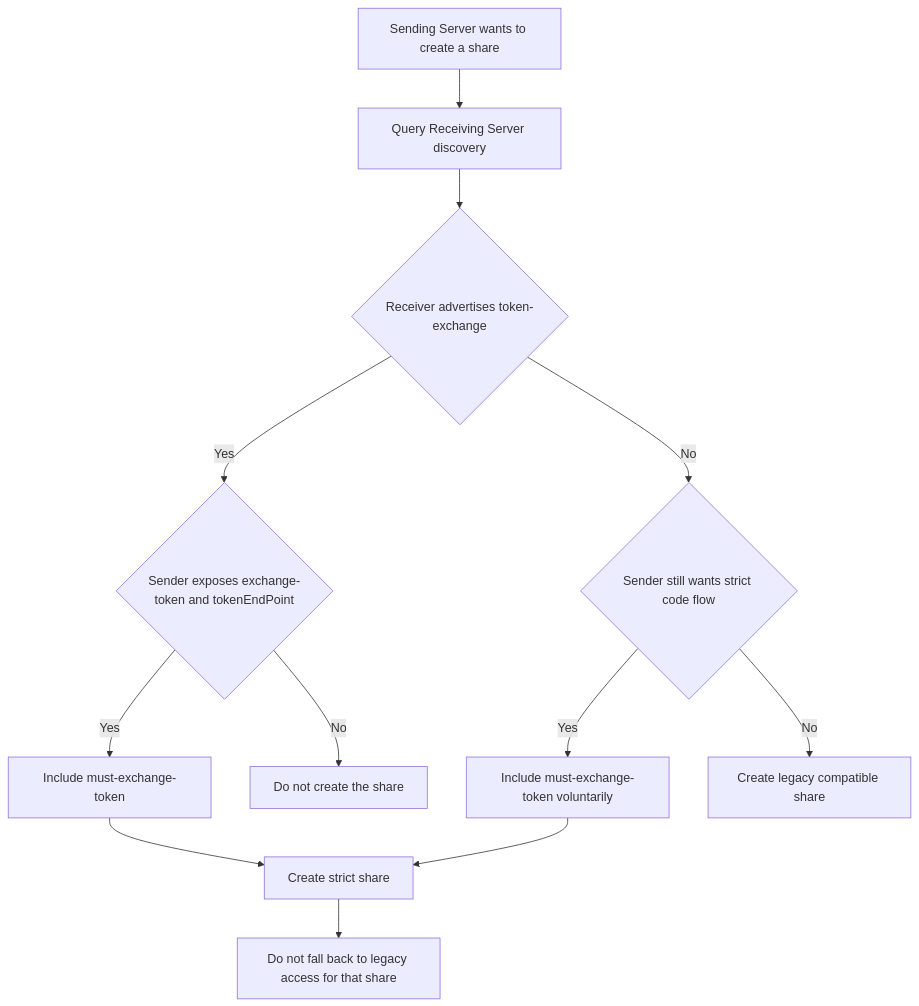
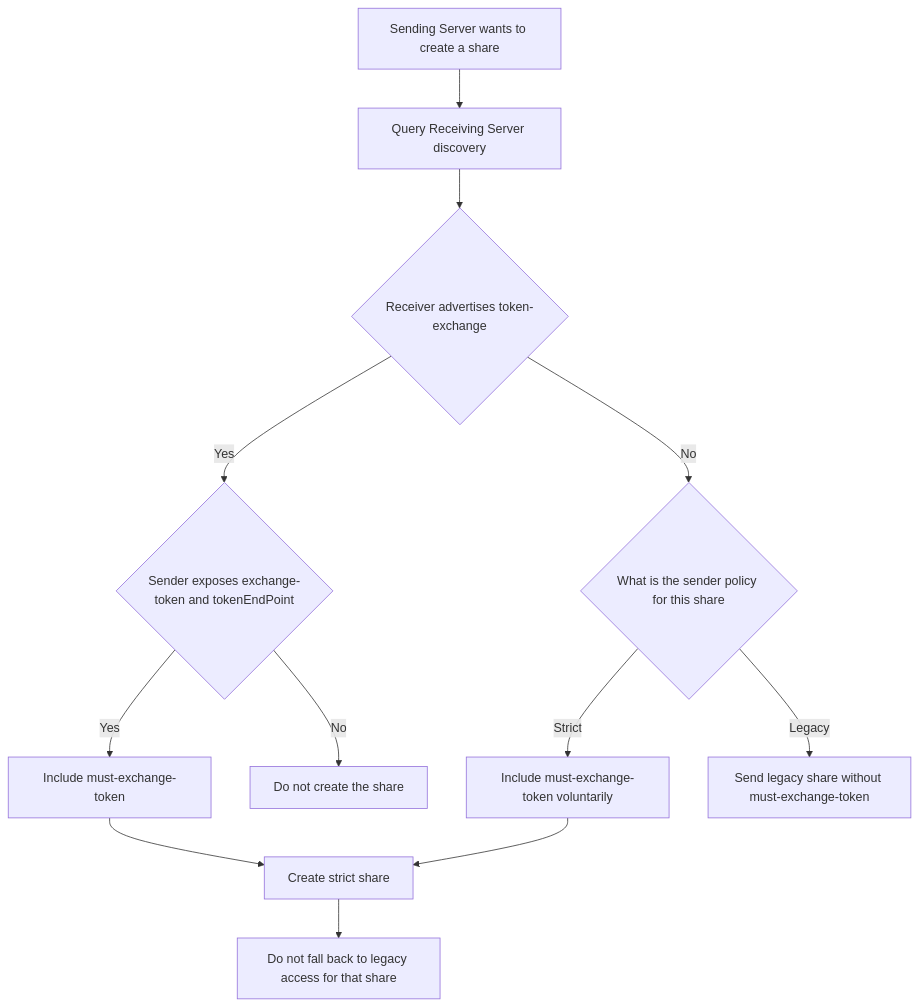
Before and after one commit to cs3org/OCM-API: the diagram in diagrams/share-creation-preflight.md, drawn with Mermaid. The commit also changed 2 other files, not shown here.

Commit message:
add: receiver side diagrams

````diff
--- a/diagrams/share-creation-preflight.md
+++ b/diagrams/share-creation-preflight.md
@@ -1,17 +1,17 @@
 ```mermaid
 flowchart TD
     A["Sending Server wants to create a share"]
     A --> B["Query Receiving Server discovery"]
     B --> C{"Receiver advertises token-exchange"}
 
     C -- "Yes" --> D{"Sender exposes exchange-token and tokenEndPoint"}
     D -- "Yes" --> E["Include must-exchange-token"]
     E --> F["Create strict share"]
     F --> G["Do not fall back to legacy access for that share"]
     D -- "No" --> H["Do not create the share"]
 
-    C -- "No" --> I{"Sender still wants strict code flow"}
-    I -- "Yes" --> J["Include must-exchange-token voluntarily"]
+    C -- "No" --> I{"What is the sender policy for this share"}
+    I -- "Strict" --> J["Include must-exchange-token voluntarily"]
     J --> F
-    I -- "No" --> K["Create legacy compatible share"]
+    I -- "Legacy" --> K["Send legacy share without must-exchange-token"]
 ```
````
